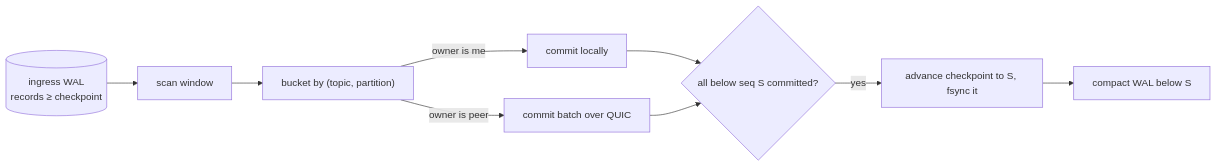
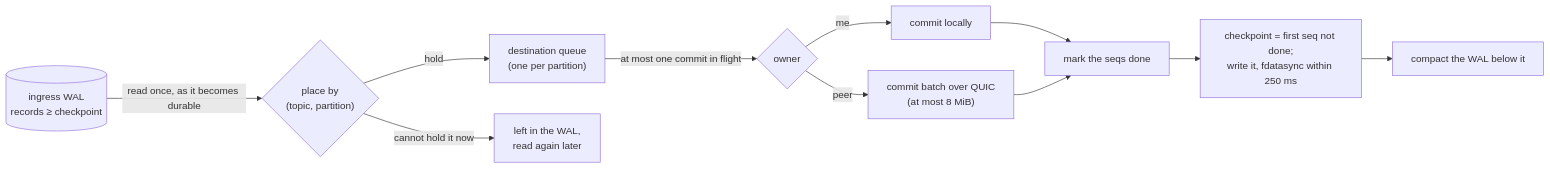
The second of 2 diagrams in docs/internals/produce-path.md (DebanganThakuria/narad), drawn with Mermaid before and after one commit. The commit also changed other lines of this file and 493 other files, not shown here.

````diff
--- a/docs/internals/produce-path.md
+++ b/docs/internals/produce-path.md
@@ -28,10 +30,12 @@
 ```mermaid
 flowchart LR
-    WAL[("ingress WAL<br/>records ≥ checkpoint")] --> SCAN[scan window]
-    SCAN --> BUCKET["bucket by (topic, partition)"]
-    BUCKET -->|owner is me| LOCAL[commit locally]
-    BUCKET -->|owner is peer| RPC[commit batch over QUIC]
-    LOCAL & RPC --> DONE{all below seq S committed?}
-    DONE -->|yes| CKPT[advance checkpoint to S, fsync it]
-    CKPT --> COMPACT[compact WAL below S]
+    WAL[("ingress WAL<br/>records ≥ checkpoint")] -->|"read once, as it becomes durable"| PLACE{"place by<br/>(topic, partition)"}
+    PLACE -->|hold| Q["destination queue<br/>(one per partition)"]
+    PLACE -->|"cannot hold it now"| SKIP["left in the WAL,<br/>read again later"]
+    Q -->|"at most one commit in flight"| OWNER{owner}
+    OWNER -->|me| LOCAL[commit locally]
+    OWNER -->|peer| RPC["commit batch over QUIC<br/>(at most 8 MiB)"]
+    LOCAL & RPC --> DONE[mark the seqs done]
+    DONE --> CKPT["checkpoint = first seq not done;<br/>write it, fdatasync within 250 ms"]
+    CKPT --> COMPACT[compact the WAL below it]
 ```
````
